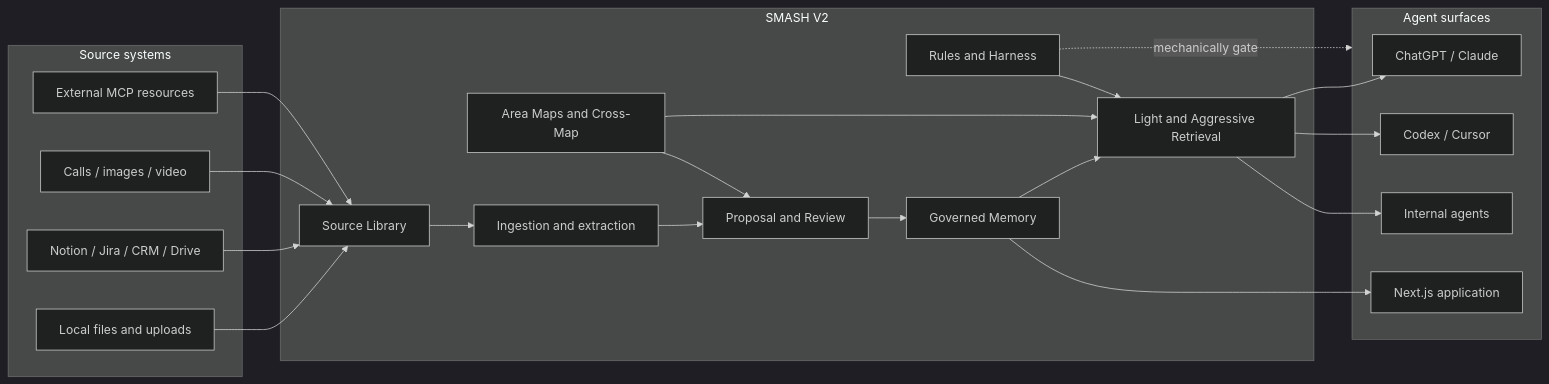
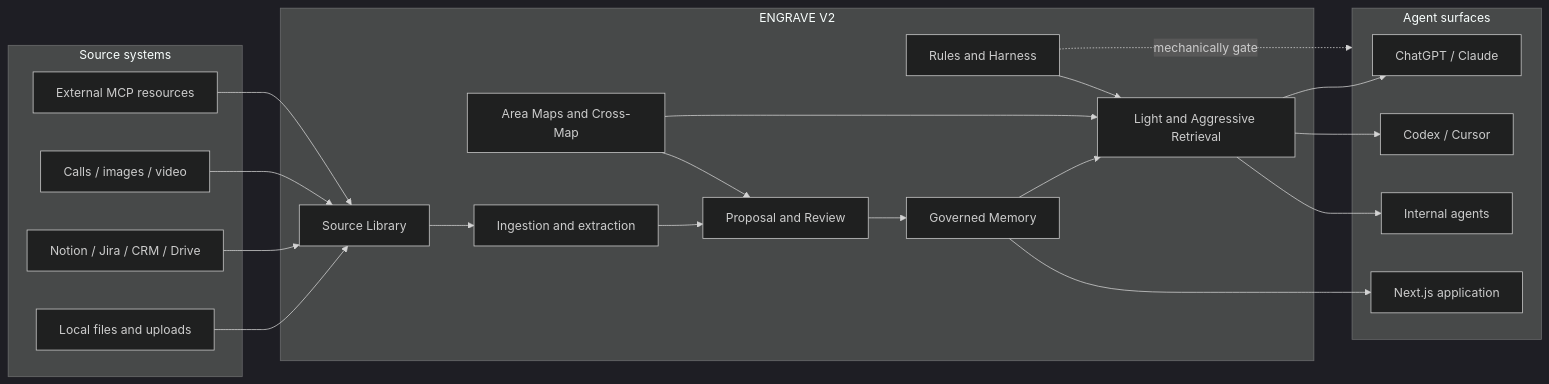
Before and after one commit to ebrahimisoheil/smash: the first of 16 diagrams in V2/docs/roadmap/23-diagrams.md, drawn with Mermaid (dark theme). The commit also changed other lines of this file and 65 other files, not shown here.

````diff
--- a/V2/docs/roadmap/23-diagrams.md
+++ b/V2/docs/roadmap/23-diagrams.md
@@ -9,43 +9,43 @@
 ```mermaid
 flowchart LR
     subgraph Sources[Source systems]
         Files[Local files and uploads]
         SaaS[Notion / Jira / CRM / Drive]
         Media[Calls / images / video]
         ExtMCP[External MCP resources]
     end
 
-    subgraph Smash[SMASH V2]
+    subgraph Engrave[ENGRAVE V2]
         Library[Source Library]
         Pipeline[Ingestion and extraction]
         Review[Proposal and Review]
         Memory[Governed Memory]
         Maps[Area Maps and Cross-Map]
         Rules[Rules and Harness]
         Retrieval[Light and Aggressive Retrieval]
     end
 
     subgraph Agents[Agent surfaces]
         Chat[ChatGPT / Claude]
         Code[Codex / Cursor]
         Internal[Internal agents]
         UI[Next.js application]
     end
 
     Files --> Library
     SaaS --> Library
     Media --> Library
     ExtMCP --> Library
     Library --> Pipeline
     Pipeline --> Review
     Review --> Memory
     Maps --> Review
     Memory --> Retrieval
     Maps --> Retrieval
     Rules --> Retrieval
     Retrieval --> Chat
     Retrieval --> Code
     Retrieval --> Internal
     Memory --> UI
     Rules -. mechanically gate .-> Agents
 ```
````
